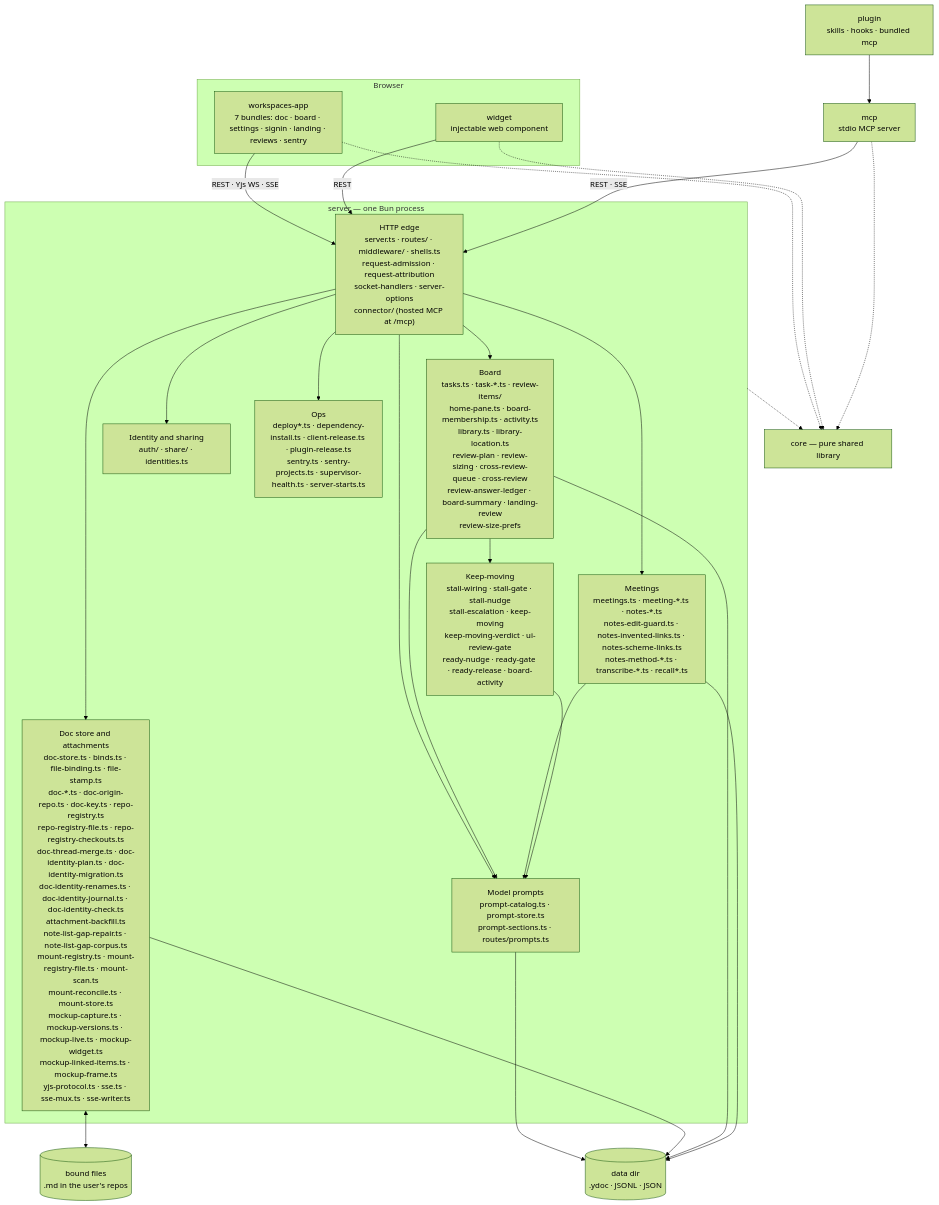
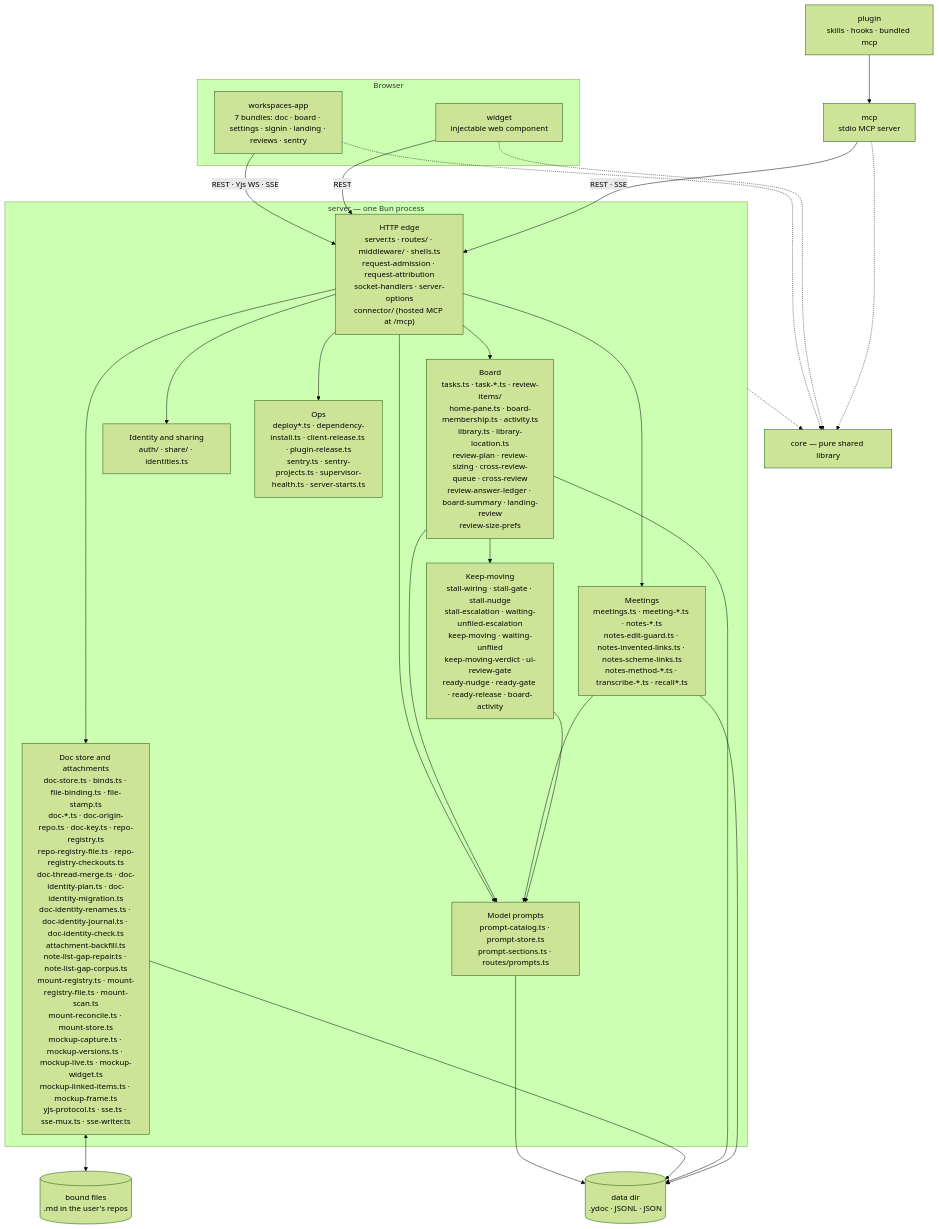
Before and after one commit to fryanpan/claude-workspaces-plugin: the first of 2 diagrams in docs/architecture/overview.md, drawn with Mermaid (forest theme). The commit also changed other lines of this file and 18 other files, not shown here.

````diff
--- a/docs/architecture/overview.md
+++ b/docs/architecture/overview.md
@@ -45,35 +45,35 @@
 ```mermaid
 flowchart TB
   subgraph browser[Browser]
     app["workspaces-app<br/>7 bundles: doc · board · settings · signin · landing · reviews · sentry"]
     wid["widget<br/>injectable web component"]
   end
   plug["plugin<br/>skills · hooks · bundled mcp"]
   mcp["mcp<br/>stdio MCP server"]
   subgraph srv["server — one Bun process"]
     edge["HTTP edge<br/>server.ts · routes/ · middleware/ · shells.ts<br/>request-admission · request-attribution<br/>socket-handlers · server-options<br/>connector/ (hosted MCP at /mcp)"]
     docs["Doc store and attachments<br/>doc-store.ts · binds.ts · file-binding.ts · file-stamp.ts<br/>doc-*.ts · doc-origin-repo.ts · doc-key.ts · repo-registry.ts<br/>repo-registry-file.ts · repo-registry-checkouts.ts<br/>doc-thread-merge.ts · doc-identity-plan.ts · doc-identity-migration.ts<br/>doc-identity-renames.ts · doc-identity-journal.ts · doc-identity-check.ts<br/>attachment-backfill.ts<br/>note-list-gap-repair.ts · note-list-gap-corpus.ts<br/>mount-registry.ts · mount-registry-file.ts · mount-scan.ts<br/>mount-reconcile.ts · mount-store.ts<br/>mockup-capture.ts · mockup-versions.ts · mockup-live.ts · mockup-widget.ts<br/>mockup-linked-items.ts · mockup-frame.ts<br/>yjs-protocol.ts · sse.ts · sse-mux.ts · sse-writer.ts"]
     board["Board<br/>tasks.ts · task-*.ts · review-items/<br/>home-pane.ts · board-membership.ts · activity.ts<br/>library.ts · library-location.ts<br/>review-plan · review-sizing · cross-review-queue · cross-review<br/>review-answer-ledger · board-summary · landing-review<br/>review-size-prefs"]
     meet["Meetings<br/>meetings.ts · meeting-*.ts · notes-*.ts<br/>notes-edit-guard.ts · notes-invented-links.ts · notes-scheme-links.ts<br/>notes-method-*.ts · transcribe-*.ts · recall*.ts"]
-    keep["Keep-moving<br/>stall-wiring · stall-gate · stall-nudge<br/>stall-escalation · keep-moving<br/>keep-moving-verdict · ui-review-gate<br/>ready-nudge · ready-gate · ready-release · board-activity"]
+    keep["Keep-moving<br/>stall-wiring · stall-gate · stall-nudge<br/>stall-escalation · waiting-unfiled-escalation<br/>keep-moving · waiting-unfiled<br/>keep-moving-verdict · ui-review-gate<br/>ready-nudge · ready-gate · ready-release · board-activity"]
     ident["Identity and sharing<br/>auth/ · share/ · identities.ts"]
     prompts["Model prompts<br/>prompt-catalog.ts · prompt-store.ts<br/>prompt-sections.ts · routes/prompts.ts"]
     ops["Ops<br/>deploy*.ts · dependency-install.ts · client-release.ts · plugin-release.ts<br/>sentry.ts · sentry-projects.ts · supervisor-health.ts · server-starts.ts"]
   end
   core["core — pure shared library"]
   disk[("data dir<br/>.ydoc · JSONL · JSON")]
   files[("bound files<br/>.md in the user's repos")]
 
   app -->|"REST · Yjs WS · SSE"| edge
   wid -->|REST| edge
   plug --> mcp
   mcp -->|"REST · SSE"| edge
   edge --> docs & board & meet & ident & ops & prompts
   board & meet & keep --> prompts
   prompts --> disk
   board --> keep
   docs <--> files
   docs & board & meet --> disk
   app & wid & mcp -.-> core
   srv -.-> core
 ```
````
